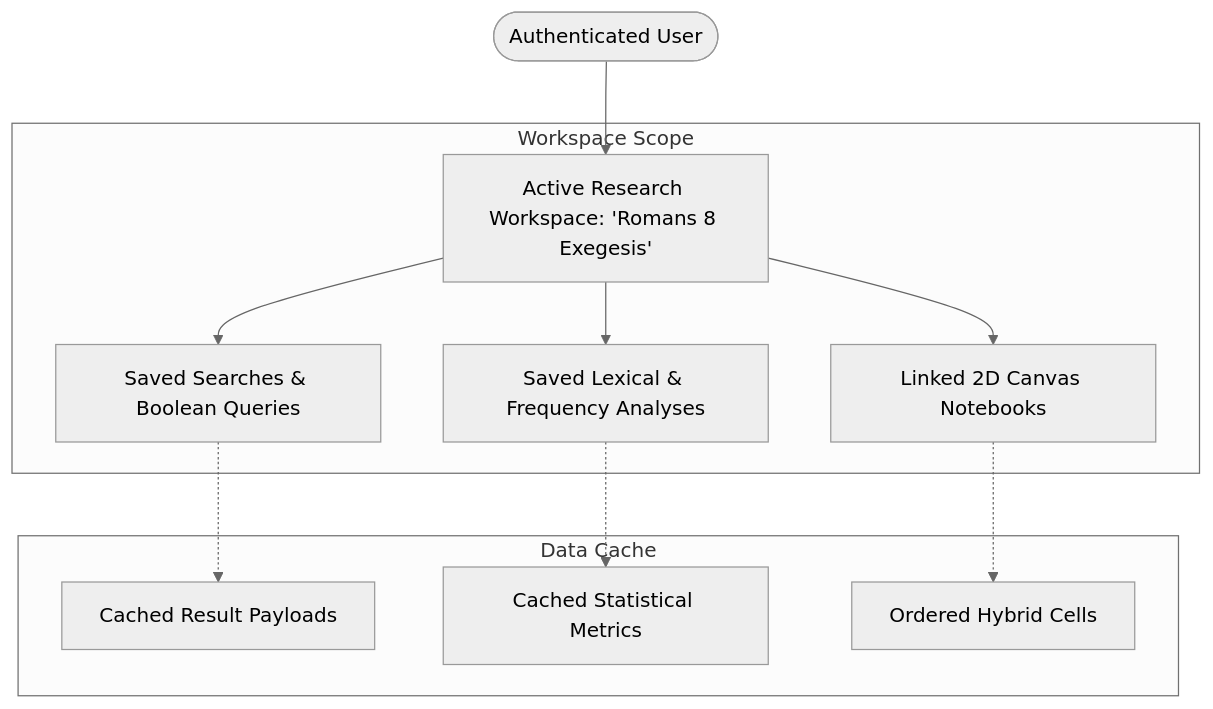
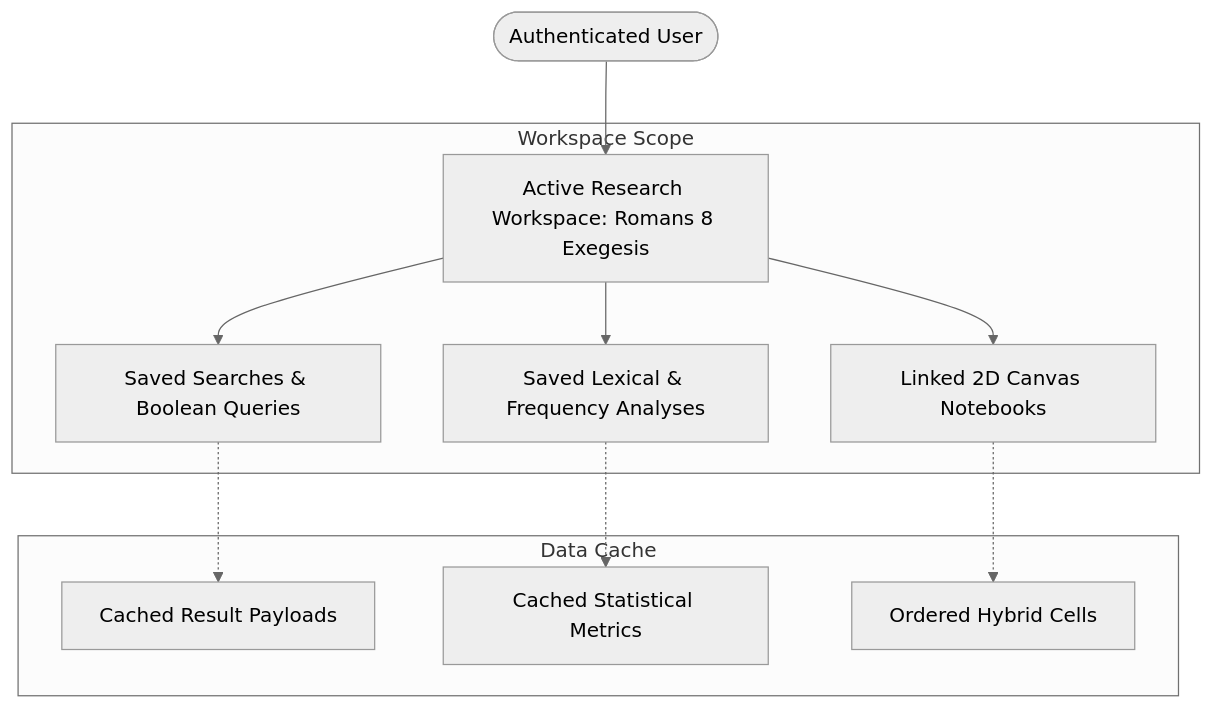
The diagram in docs/guide/workspaces.md (mvirtai/clible-v3-go), drawn with Mermaid (neutral theme) before and after one commit. The commit also changed 10 other files, not shown here.

Commit message:
docs(docs): fix mermaid diagram node label quotes for github pr rendering

````diff
--- a/docs/guide/workspaces.md
+++ b/docs/guide/workspaces.md
@@ -18,16 +18,16 @@
 ```mermaid
 graph TD
-    User([Authenticated User]) --> Scope[Active Research Workspace: 'Romans 8 Exegesis']
+    User(["Authenticated User"]) --> Scope["Active Research Workspace: Romans 8 Exegesis"]
     
-    subgraph Workspace Scope
-        Scope --> Searches[Saved Searches & Boolean Queries]
-        Scope --> Analyses[Saved Lexical & Frequency Analyses]
-        Scope --> Notebooks[Linked 2D Canvas Notebooks]
+    subgraph Workspace_Scope ["Workspace Scope"]
+        Scope --> Searches["Saved Searches & Boolean Queries"]
+        Scope --> Analyses["Saved Lexical & Frequency Analyses"]
+        Scope --> Notebooks["Linked 2D Canvas Notebooks"]
     end
     
-    subgraph Data Cache
-        Searches -.-> C1[Cached Result Payloads]
-        Analyses -.-> C2[Cached Statistical Metrics]
-        Notebooks -.-> C3[Ordered Hybrid Cells]
+    subgraph Data_Cache ["Data Cache"]
+        Searches -.-> C1["Cached Result Payloads"]
+        Analyses -.-> C2["Cached Statistical Metrics"]
+        Notebooks -.-> C3["Ordered Hybrid Cells"]
     end
 ```
````
